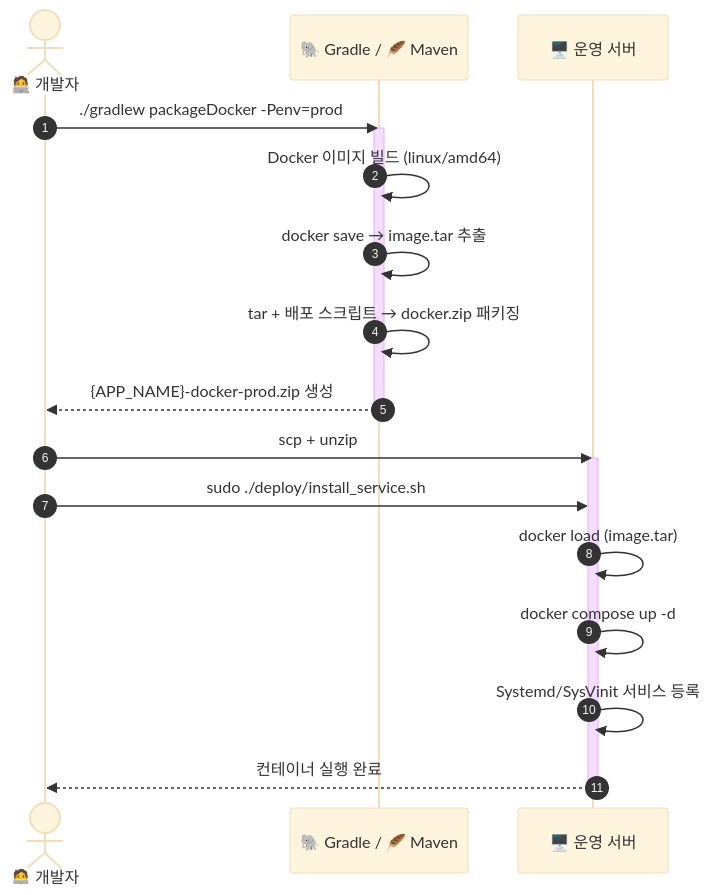
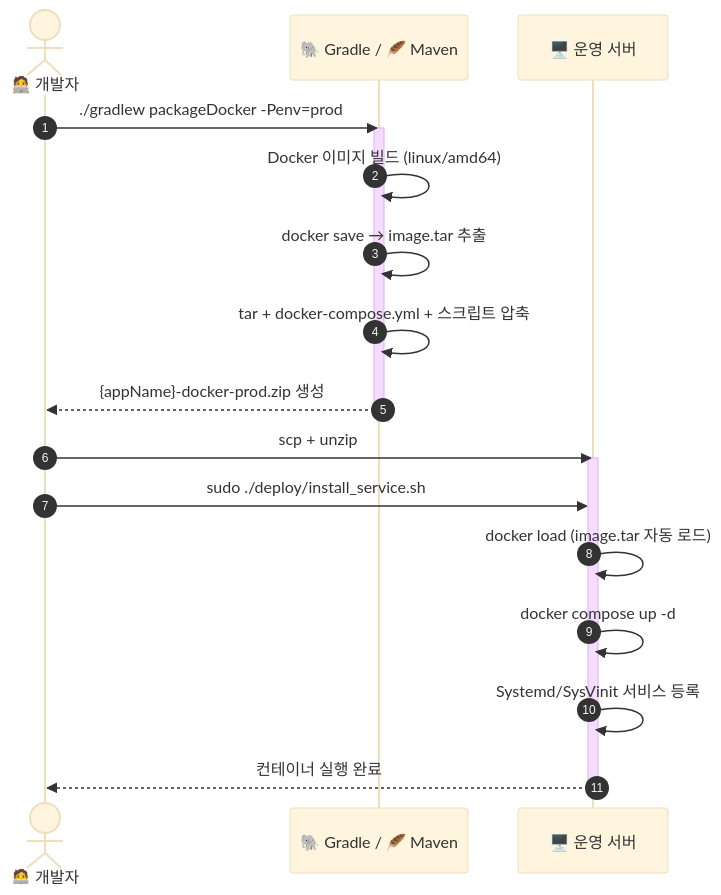
One commit to MJ-Youn/build-template changed the third of 4 diagrams in DEVELOPER_GUIDE.md. Above: the diagram before and after it, drawn with Mermaid (base theme). The commit also changed other lines of this file and 2 other files, not shown here.

````diff
--- a/DEVELOPER_GUIDE.md
+++ b/DEVELOPER_GUIDE.md
@@ -461,24 +461,24 @@
 ```mermaid
 sequenceDiagram
     autonumber
     actor Dev as 🧑‍💻 개발자
     participant Gradle as 🐘 Gradle / 🪶 Maven
     participant Server as 🖥️ 운영 서버
 
     Dev->>Gradle: ./gradlew packageDocker -Penv=prod
     activate Gradle
     Gradle->>Gradle: Docker 이미지 빌드 (linux/amd64)
     Gradle->>Gradle: docker save → image.tar 추출
-    Gradle->>Gradle: tar + 배포 스크립트 → docker.zip 패키징
-    Gradle-->>Dev: {APP_NAME}-docker-prod.zip 생성
+    Gradle->>Gradle: tar + docker-compose.yml + 스크립트 압축
+    Gradle-->>Dev: {appName}-docker-prod.zip 생성
     deactivate Gradle
 
     Dev->>Server: scp + unzip
     activate Server
     Dev->>Server: sudo ./deploy/install_service.sh
-    Server->>Server: docker load (image.tar)
+    Server->>Server: docker load (image.tar 자동 로드)
     Server->>Server: docker compose up -d
     Server->>Server: Systemd/SysVinit 서비스 등록
     Server-->>Dev: 컨테이너 실행 완료
     deactivate Server
 ```
````
